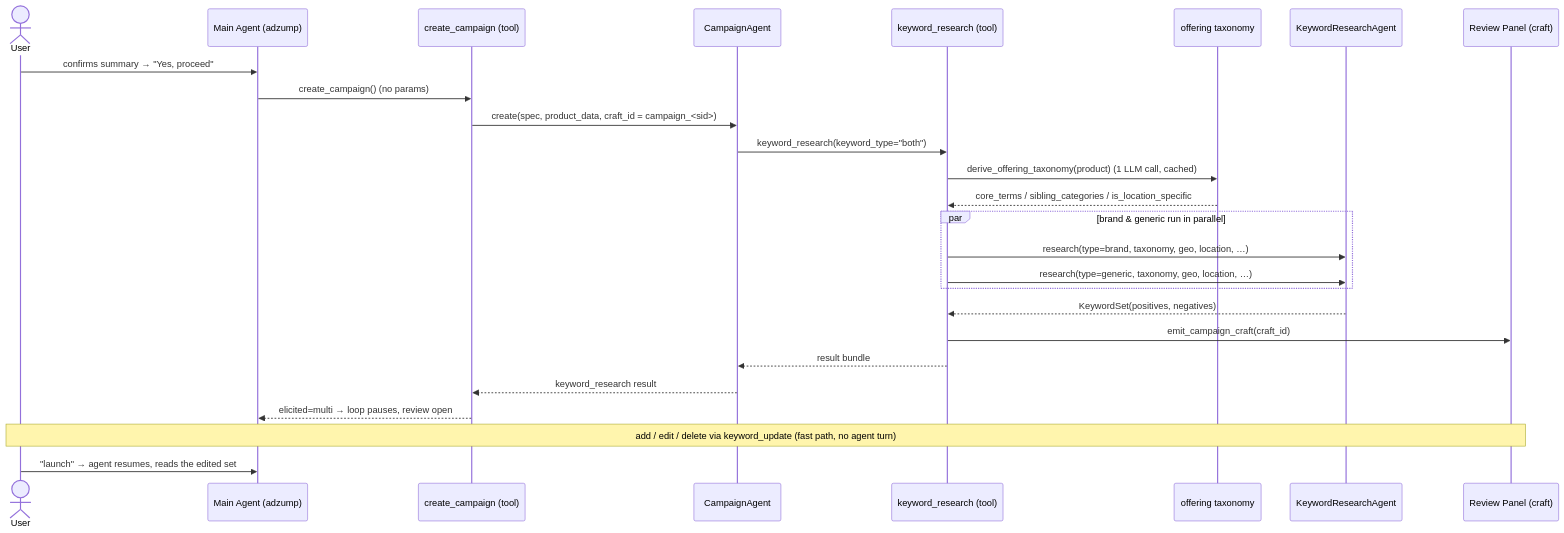
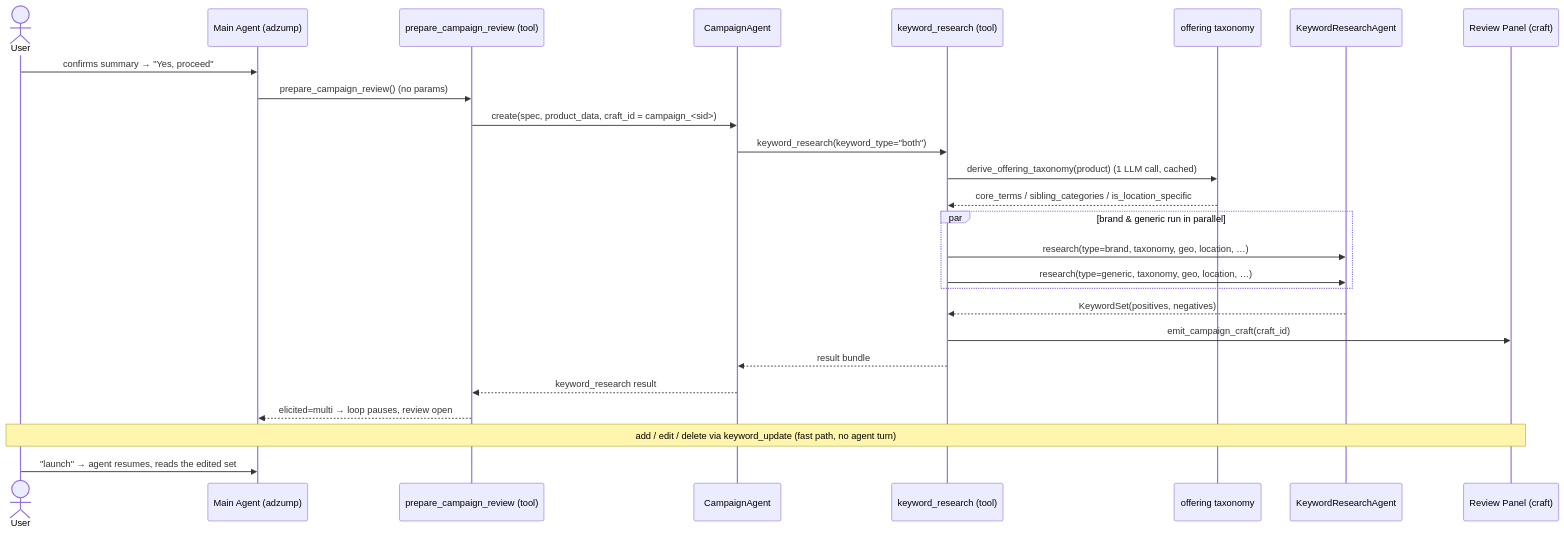
Before and after one commit to modlix-india/nocode-ai: the first of 2 diagrams in app/agents/adzump/agents/keyword/AGENT.md, drawn with Mermaid. The commit also changed other lines of this file and 20 other files, not shown here.

First line of the commit message:
refactor(adzump): keyword/campaign cleanups from code review

````diff
--- a/app/agents/adzump/agents/keyword/AGENT.md
+++ b/app/agents/adzump/agents/keyword/AGENT.md
@@ -32,29 +32,29 @@
 ```mermaid
 sequenceDiagram
     actor User
     participant Main as Main Agent (adzump)
-    participant CC as create_campaign (tool)
+    participant CC as prepare_campaign_review (tool)
     participant CA as CampaignAgent
     participant KR as keyword_research (tool)
     participant Tax as offering taxonomy
     participant KA as KeywordResearchAgent
     participant Panel as Review Panel (craft)
 
     User->>Main: confirms summary → "Yes, proceed"
-    Main->>CC: create_campaign()  (no params)
+    Main->>CC: prepare_campaign_review()  (no params)
     CC->>CA: create(spec, product_data, craft_id = campaign_<sid>)
     CA->>KR: keyword_research(keyword_type="both")
     KR->>Tax: derive_offering_taxonomy(product)  (1 LLM call, cached)
     Tax-->>KR: core_terms / sibling_categories / is_location_specific
     par brand & generic run in parallel
         KR->>KA: research(type=brand,  taxonomy, geo, location, …)
         KR->>KA: research(type=generic, taxonomy, geo, location, …)
     end
     KA-->>KR: KeywordSet(positives, negatives)
     KR->>Panel: emit_campaign_craft(craft_id)
     KR-->>CA: result bundle
     CA-->>CC: keyword_research result
     CC-->>Main: elicited=multi → loop pauses, review open
     Note over User,Panel: add / edit / delete via keyword_update (fast path, no agent turn)
     User->>Main: "launch" → agent resumes, reads the edited set
 ```
````
